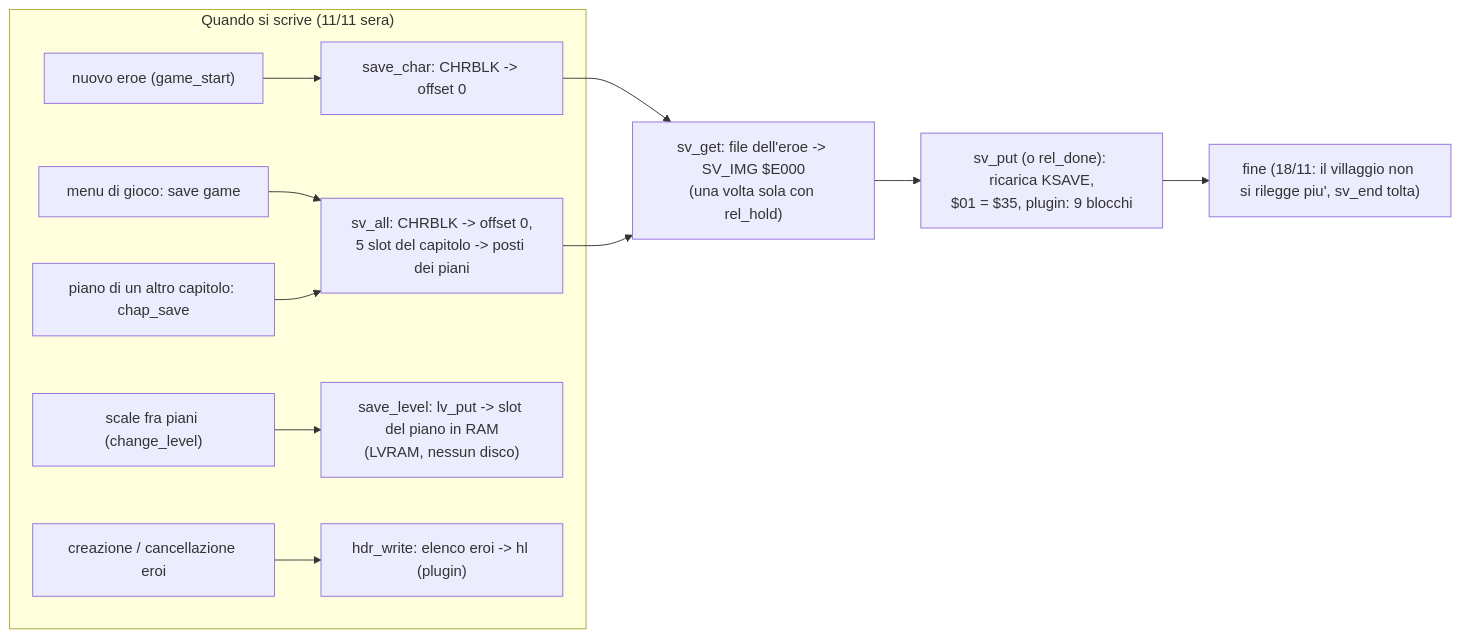
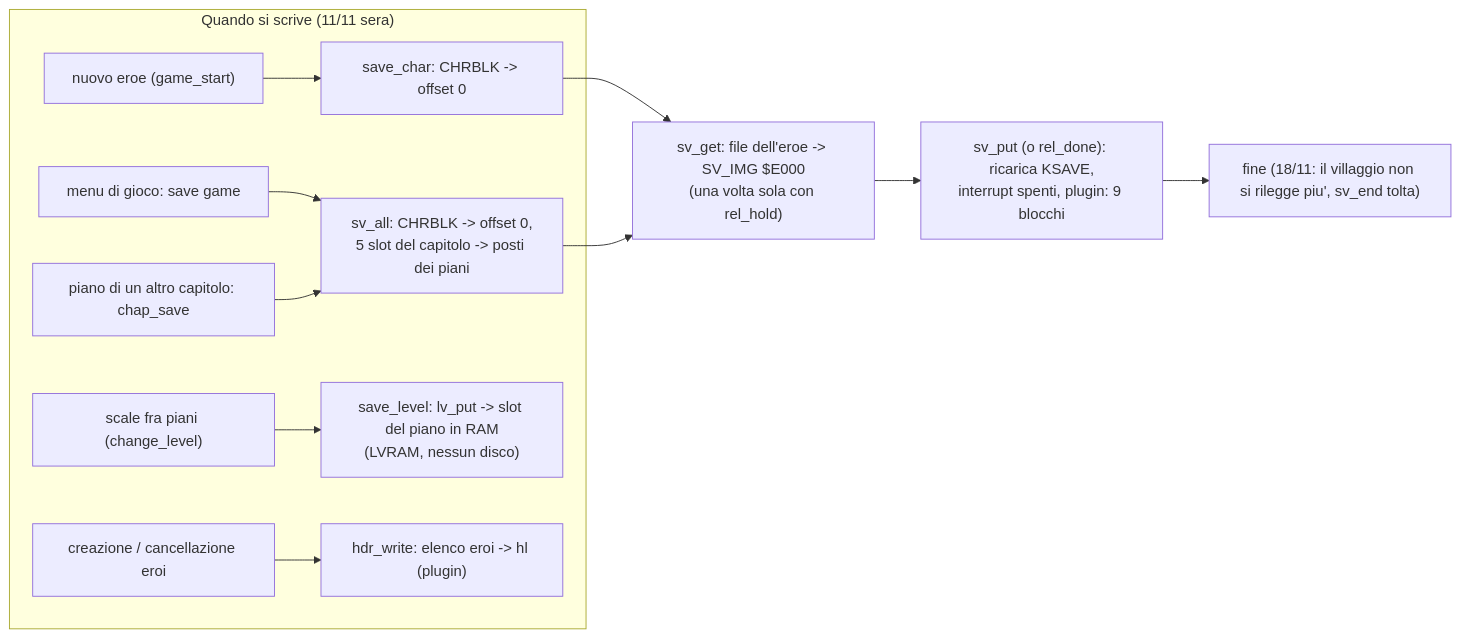
The tenth of 18 diagrams in docs/wiki/flussi.md (caporalesimone/barbarian-the-blood-path), drawn with Mermaid before and after one commit. The commit also changed other lines of this file and 24 other files, not shown here.

````diff
--- a/docs/wiki/flussi.md
+++ b/docs/wiki/flussi.md
@@ -282,17 +282,17 @@
 ```mermaid
 flowchart LR
     SC["save_char: CHRBLK -> offset 0"]
     SA["sv_all: CHRBLK -> offset 0,<br/>5 slot del capitolo -> posti dei piani"]
     SL["save_level: lv_put -> slot del piano in RAM<br/>(LVRAM, nessun disco)"]
     HW["hdr_write: elenco eroi -> hl (plugin)"]
     subgraph QUANDO["Quando si scrive (11/11 sera)"]
         A1["nuovo eroe (game_start)"] --> SC
         A2["menu di gioco: save game"] --> SA
         A3["piano di un altro capitolo: chap_save"] --> SA
         A5["scale fra piani (change_level)"] --> SL
         A6["creazione / cancellazione eroi"] --> HW
     end
     SC --> GT
     SA --> GT
-    GT["sv_get: file dell'eroe -> SV_IMG $E000<br/>(una volta sola con rel_hold)"] --> PT["sv_put (o rel_done): ricarica KSAVE,<br/>$01 = $35, plugin: 9 blocchi"]  --> SE["fine (18/11: il villaggio non si rilegge piu', sv_end tolta)"]
+    GT["sv_get: file dell'eroe -> SV_IMG $E000<br/>(una volta sola con rel_hold)"] --> PT["sv_put (o rel_done): ricarica KSAVE,<br/>interrupt spenti, plugin: 9 blocchi"]  --> SE["fine (18/11: il villaggio non si rilegge piu', sv_end tolta)"]
 ```
````
